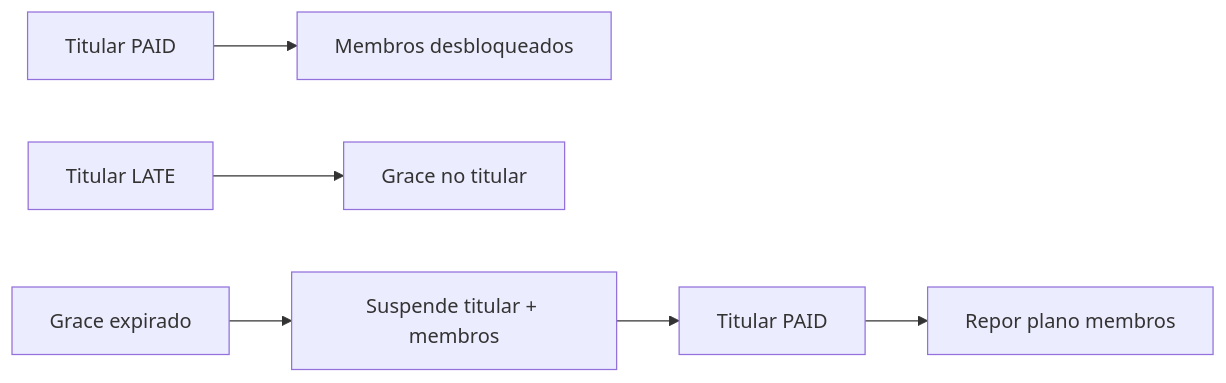
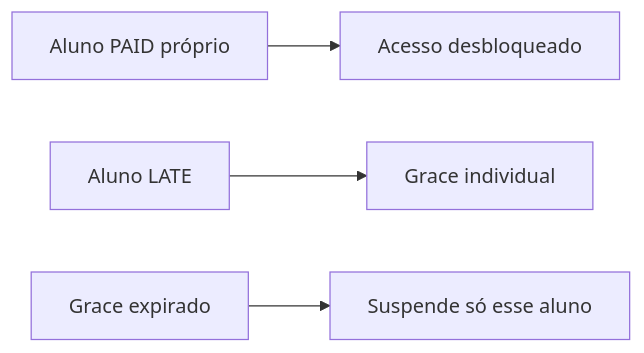
The diagram in DOCS/PLANO_FAMILIA.md (contatokingdomfight-afk/kfs_online), drawn with Mermaid before and after one commit. The commit also changed other lines of this file and 17 other files, not shown here.

````diff
--- a/DOCS/PLANO_FAMILIA.md
+++ b/DOCS/PLANO_FAMILIA.md
@@ -38,7 +38,6 @@
 ```mermaid
 flowchart LR
-  Titular[Titular PAID] --> Members[Membros desbloqueados]
-  TitularLate[Titular LATE] --> Grace[Grace no titular]
-  GraceExpired[Grace expirado] --> Suspend[Suspende titular + membros]
-  Suspend --> Restore[Titular PAID] --> MembersRestore[Repor plano membros]
+  PaidSelf[Aluno PAID próprio] --> Unlock[Acesso desbloqueado]
+  LateSelf[Aluno LATE] --> Grace[Grace individual]
+  GraceExpired[Grace expirado] --> Suspend[Suspende só esse aluno]
 ```
````
